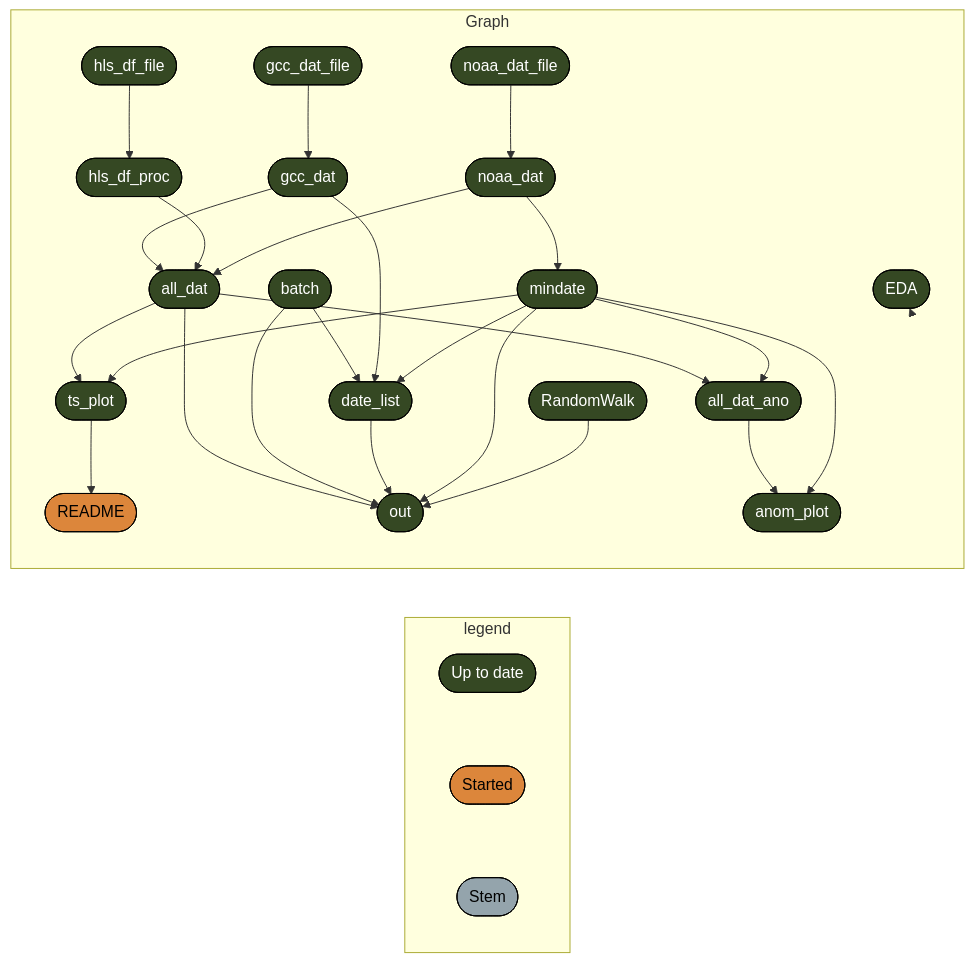
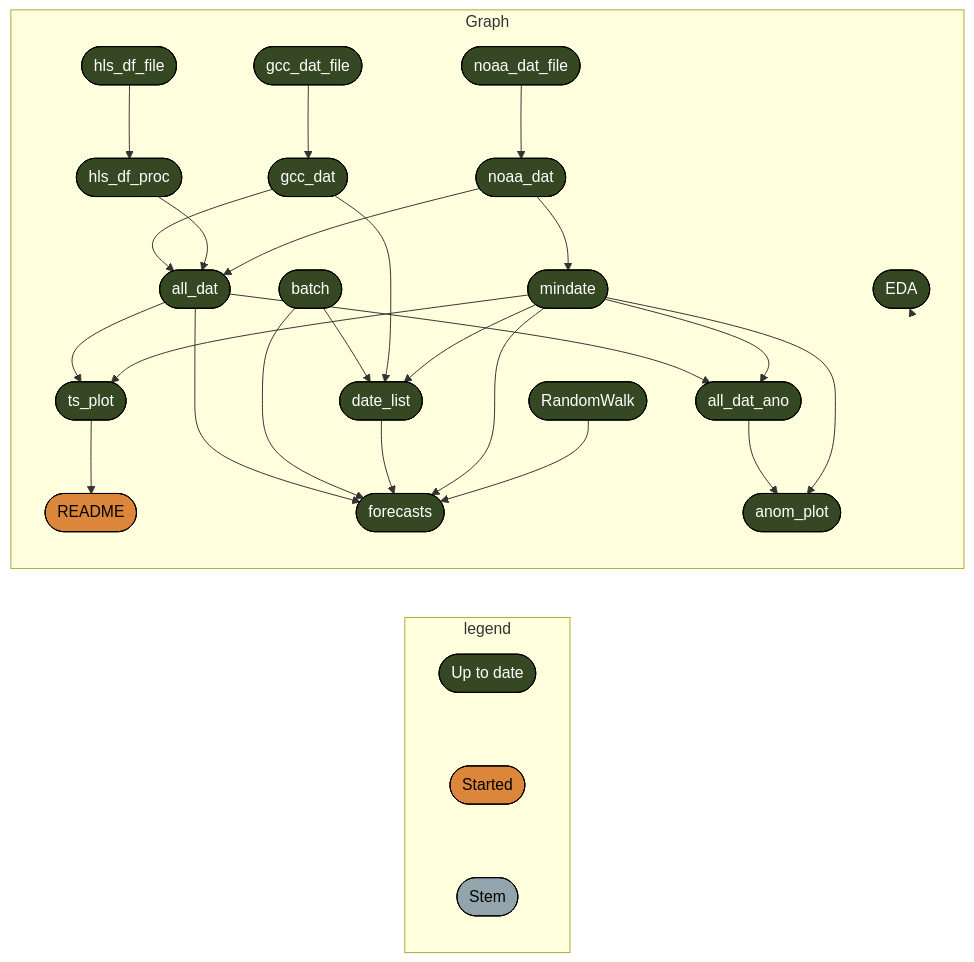
Before and after one commit to Aariq/efi-2022-phenocam: the diagram in README.md, drawn with Mermaid. The commit also changed 3 other files, not shown here.

````diff
--- a/README.md
+++ b/README.md
@@ -19,38 +19,38 @@
 ``` mermaid
 graph LR
   subgraph legend
     x7420bd9270f8d27d([""Up to date""]):::uptodate --- x5b3426b4c7fa7dbc([""Started""]):::started
     x5b3426b4c7fa7dbc([""Started""]):::started --- xbf4603d6c2c2ad6b([""Stem""]):::none
   end
   subgraph Graph
     x9d9338876342a883(["all_dat"]):::uptodate --> x16fdb873ff498824(["all_dat_ano"]):::uptodate
     x68dd683e0472743b(["mindate"]):::uptodate --> x16fdb873ff498824(["all_dat_ano"]):::uptodate
     xb8d8de52ba56a7bb(["gcc_dat_file"]):::uptodate --> x250fae475e168023(["gcc_dat"]):::uptodate
     x37a4b6e78faf3120(["noaa_dat_file"]):::uptodate --> xb9d1c1bbc12ef44d(["noaa_dat"]):::uptodate
     x32cef2290a81c584(["ts_plot"]):::uptodate --> x793b57f9be3e25d5(["README"]):::started
-    x9d9338876342a883(["all_dat"]):::uptodate --> xd7adfc39060f91a9(["out"]):::uptodate
-    x74653413816894b0(["batch"]):::uptodate --> xd7adfc39060f91a9(["out"]):::uptodate
-    x8448797b328e6352(["date_list"]):::uptodate --> xd7adfc39060f91a9(["out"]):::uptodate
-    x68dd683e0472743b(["mindate"]):::uptodate --> xd7adfc39060f91a9(["out"]):::uptodate
-    x8fa3f0bfe3afe1bc(["RandomWalk"]):::uptodate --> xd7adfc39060f91a9(["out"]):::uptodate
+    x9d9338876342a883(["all_dat"]):::uptodate --> xab6329fc3aa0e7b8(["forecasts"]):::uptodate
+    x74653413816894b0(["batch"]):::uptodate --> xab6329fc3aa0e7b8(["forecasts"]):::uptodate
+    x8448797b328e6352(["date_list"]):::uptodate --> xab6329fc3aa0e7b8(["forecasts"]):::uptodate
+    x68dd683e0472743b(["mindate"]):::uptodate --> xab6329fc3aa0e7b8(["forecasts"]):::uptodate
+    x8fa3f0bfe3afe1bc(["RandomWalk"]):::uptodate --> xab6329fc3aa0e7b8(["forecasts"]):::uptodate
     x18f6cc99ecb95617(["hls_df_file"]):::uptodate --> x64431175705194ee(["hls_df_proc"]):::uptodate
     x74653413816894b0(["batch"]):::uptodate --> x8448797b328e6352(["date_list"]):::uptodate
     x250fae475e168023(["gcc_dat"]):::uptodate --> x8448797b328e6352(["date_list"]):::uptodate
     x68dd683e0472743b(["mindate"]):::uptodate --> x8448797b328e6352(["date_list"]):::uptodate
     xb9d1c1bbc12ef44d(["noaa_dat"]):::uptodate --> x68dd683e0472743b(["mindate"]):::uptodate
     x9d9338876342a883(["all_dat"]):::uptodate --> x32cef2290a81c584(["ts_plot"]):::uptodate
     x68dd683e0472743b(["mindate"]):::uptodate --> x32cef2290a81c584(["ts_plot"]):::uptodate
     x16fdb873ff498824(["all_dat_ano"]):::uptodate --> xdae95d0f164d35b8(["anom_plot"]):::uptodate
     x68dd683e0472743b(["mindate"]):::uptodate --> xdae95d0f164d35b8(["anom_plot"]):::uptodate
     x250fae475e168023(["gcc_dat"]):::uptodate --> x9d9338876342a883(["all_dat"]):::uptodate
     x64431175705194ee(["hls_df_proc"]):::uptodate --> x9d9338876342a883(["all_dat"]):::uptodate
     xb9d1c1bbc12ef44d(["noaa_dat"]):::uptodate --> x9d9338876342a883(["all_dat"]):::uptodate
     xcd447f216a0c85c5(["EDA"]):::uptodate --> xcd447f216a0c85c5(["EDA"]):::uptodate
   end
   classDef uptodate stroke:#000000,color:#ffffff,fill:#354823;
   classDef started stroke:#000000,color:#000000,fill:#DC863B;
   classDef none stroke:#000000,color:#000000,fill:#94a4ac;
   linkStyle 0 stroke-width:0px;
   linkStyle 1 stroke-width:0px;
   linkStyle 24 stroke-width:0px;
 ```
````
